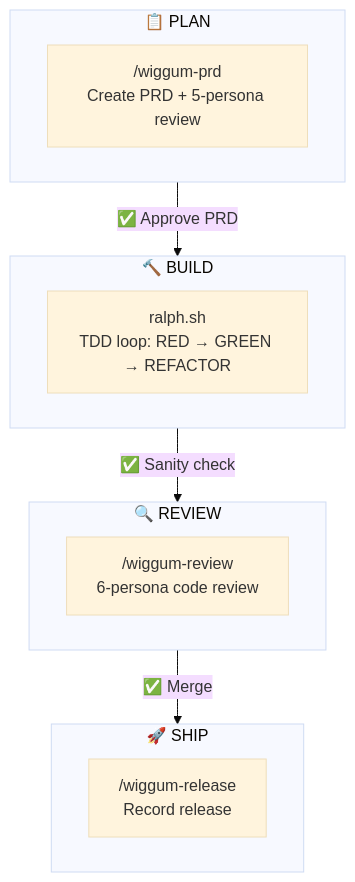
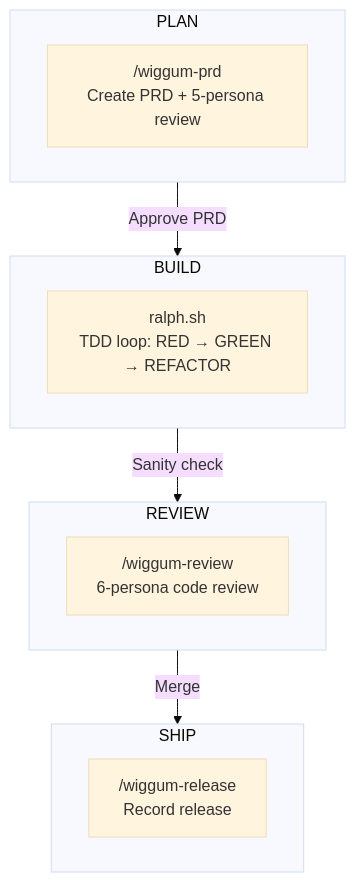
One commit to newoldrelic/ralph-workflow changed the diagram in README.md. Above: the diagram before and after it, drawn with Mermaid (base theme). The commit also changed other lines of this file, not shown here.

````diff
--- a/README.md
+++ b/README.md
@@ -22,20 +11,20 @@
 ```mermaid
 flowchart TD
-    subgraph PLAN ["📋 PLAN"]
+    subgraph PLAN ["PLAN"]
         A["/wiggum-prd<br/>Create PRD + 5-persona review"]
     end
 
-    subgraph BUILD ["🔨 BUILD"]
+    subgraph BUILD ["BUILD"]
         B["ralph.sh<br/>TDD loop: RED → GREEN → REFACTOR"]
     end
 
-    subgraph REVIEW ["🔍 REVIEW"]
+    subgraph REVIEW ["REVIEW"]
         C["/wiggum-review<br/>6-persona code review"]
     end
 
-    subgraph SHIP ["🚀 SHIP"]
+    subgraph SHIP ["SHIP"]
         D["/wiggum-release<br/>Record release"]
     end
 
-    PLAN -->|"✅ Approve PRD"| BUILD -->|"✅ Sanity check"| REVIEW -->|"✅ Merge"| SHIP
+    PLAN -->|"Approve PRD"| BUILD -->|"Sanity check"| REVIEW -->|"Merge"| SHIP
 ```
````
